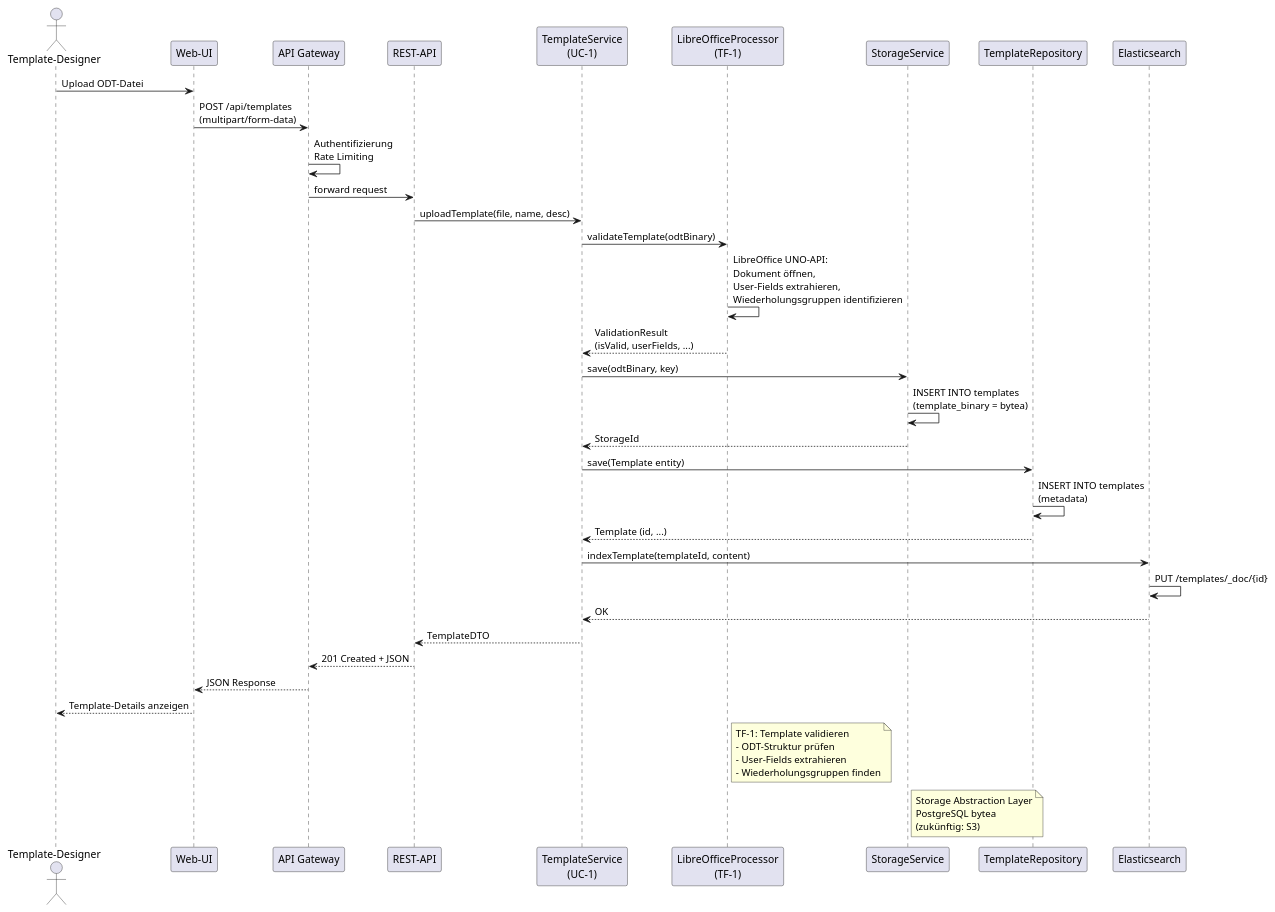
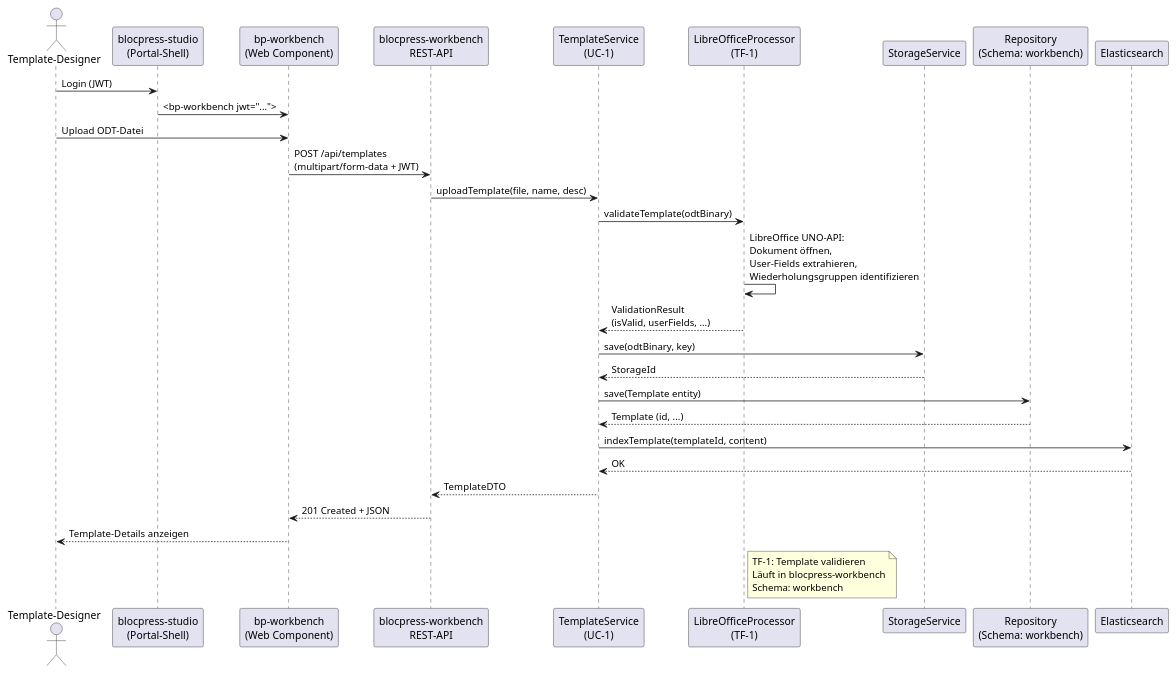
Before and after one commit to flaechsig/blocpress: the seventh of 15 diagrams in docs/arc42.adoc, drawn with PlantUML. The commit also changed other lines of this file and 5 other files, not shown here.

```diff
--- a/docs/arc42.adoc
+++ b/docs/arc42.adoc
@@ -674,49 +768,38 @@
 [plantuml, laufzeit-template-upload, svg]
 ----
 @startuml
 actor "Template-Designer" as User
-participant "Web-UI" as UI
-participant "API Gateway" as Gateway
-participant "REST-API" as API
+participant "blocpress-studio\n(Portal-Shell)" as Studio
+participant "bp-workbench\n(Web Component)" as WC
+participant "blocpress-workbench\nREST-API" as API
 participant "TemplateService\n(UC-1)" as UC
 participant "LibreOfficeProcessor\n(TF-1)" as LO
 participant "StorageService" as Storage
-participant "TemplateRepository" as Repo
+participant "Repository\n(Schema: workbench)" as Repo
 participant "Elasticsearch" as ES
 
-User -> UI : Upload ODT-Datei
-UI -> Gateway : POST /api/templates\n(multipart/form-data)
-Gateway -> Gateway : Authentifizierung\nRate Limiting
-Gateway -> API : forward request
+User -> Studio : Login (JWT)
+Studio -> WC : <bp-workbench jwt="...">
+User -> WC : Upload ODT-Datei
+WC -> API : POST /api/templates\n(multipart/form-data + JWT)
 API -> UC : uploadTemplate(file, name, desc)
 UC -> LO : validateTemplate(odtBinary)
 LO -> LO : LibreOffice UNO-API:\nDokument öffnen,\nUser-Fields extrahieren,\nWiederholungsgruppen identifizieren
 LO --> UC : ValidationResult\n(isValid, userFields, ...)
 UC -> Storage : save(odtBinary, key)
-Storage -> Storage : INSERT INTO templates\n(template_binary = bytea)
 Storage --> UC : StorageId
 UC -> Repo : save(Template entity)
-Repo -> Repo : INSERT INTO templates\n(metadata)
 Repo --> UC : Template (id, ...)
 UC -> ES : indexTemplate(templateId, content)
-ES -> ES : PUT /templates/_doc/{id}
 ES --> UC : OK
 UC --> API : TemplateDTO
-API --> Gateway : 201 Created + JSON
-Gateway --> UI : JSON Response
-UI --> User : Template-Details anzeigen
+API --> WC : 201 Created + JSON
+WC --> User : Template-Details anzeigen
 
 note right of LO
   TF-1: Template validieren
-  - ODT-Struktur prüfen
-  - User-Fields extrahieren
-  - Wiederholungsgruppen finden
-end note
-
-note right of Storage
-  Storage Abstraction Layer
-  PostgreSQL bytea
-  (zukünftig: S3)
+  Läuft in blocpress-workbench
+  Schema: workbench
 end note
 @enduml
 ----
```
